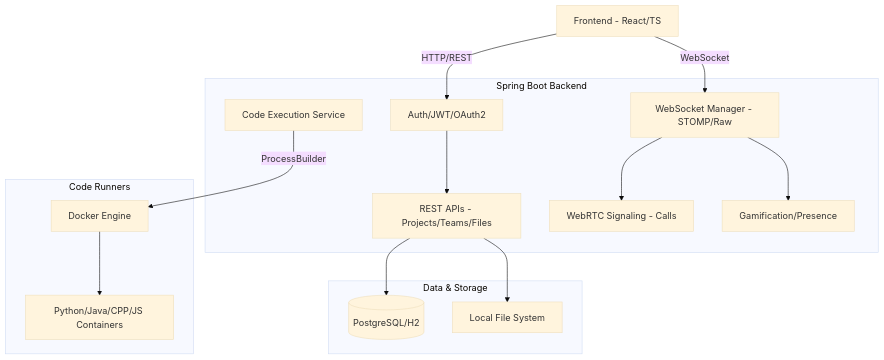
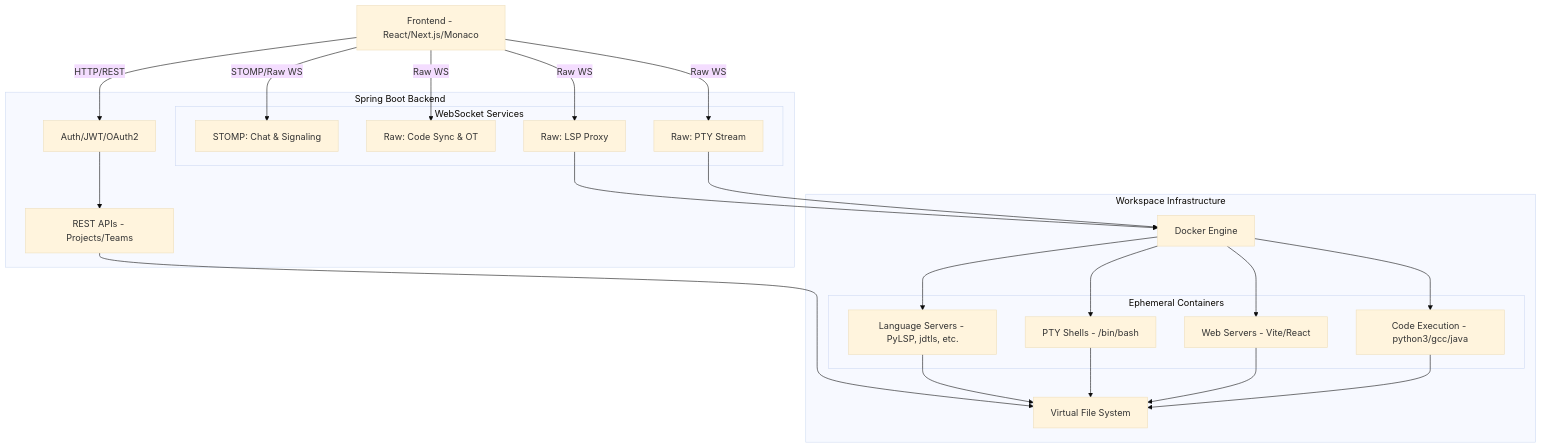
The diagram in README.md (Animesh-86/Parallax), drawn with Mermaid (base theme) before and after one commit. The commit also changed other lines of this file and 10 other files, not shown here.

````diff
--- a/README.md
+++ b/README.md
@@ -193,33 +59,50 @@
 ```mermaid
 graph TD
-    Client[Frontend - React/TS]
+    Client[Frontend - React/Next.js/Monaco]
     
-    subgraph Backend[Spring Boot Backend]
+    subgraph Backend [Spring Boot Backend]
         Auth[Auth/JWT/OAuth2]
-        APIs[REST APIs - Projects/Teams/Files]
-        WS[WebSocket Manager - STOMP/Raw]
-        Signaling[WebRTC Signaling - Calls]
-        Execution[Code Execution Service]
-        Gamification[Gamification/Presence]
+        APIs[REST APIs - Projects/Teams]
+        
+        subgraph WebSocket Services
+            WS_Chat[STOMP: Chat & Signaling]
+            WS_Collab[Raw: Code Sync & OT]
+            WS_LSP[Raw: LSP Proxy]
+            WS_Terminal[Raw: PTY Stream]
+        end
     end
     
-    subgraph Storage[Data & Storage]
-        DB[(PostgreSQL/H2)]
-        FileSystem[Local File System]
-    end
-    
-    subgraph Infrastructure[Code Runners]
+    subgraph Workspace Infrastructure
         Docker[Docker Engine]
-        Runners[Python/Java/CPP/JS Containers]
+        VFS[Virtual File System]
+        
+        subgraph Ephemeral Containers
+            LSP[Language Servers - PyLSP, jdtls, etc.]
+            Shell[PTY Shells - /bin/bash]
+            WebRunner[Web Servers - Vite/React]
+            AppRunner[Code Execution - python3/gcc/java]
+        end
     end
     
     Client -- HTTP/REST --> Auth
-    Client -- WebSocket --> WS
+    Client -- STOMP/Raw WS --> WS_Chat
+    Client -- Raw WS --> WS_Collab
+    Client -- Raw WS --> WS_LSP
+    Client -- Raw WS --> WS_Terminal
+    
     Auth --> APIs
-    APIs --> DB
-    APIs --> FileSystem
-    WS --> Signaling
-    WS --> Gamification
-    Execution -- ProcessBuilder --> Docker
-    Docker --> Runners
+    APIs --> VFS
+    
+    WS_LSP --> Docker
+    WS_Terminal --> Docker
+    
+    Docker --> LSP
+    Docker --> Shell
+    Docker --> WebRunner
+    Docker --> AppRunner
+    
+    LSP --> VFS
+    Shell --> VFS
+    WebRunner --> VFS
+    AppRunner --> VFS
 ```
````
